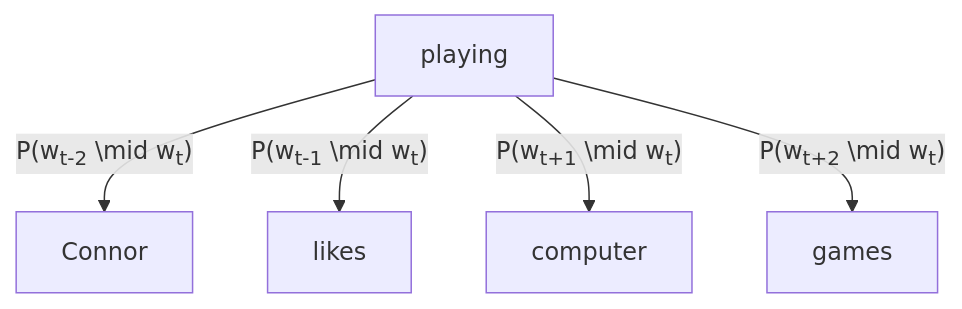
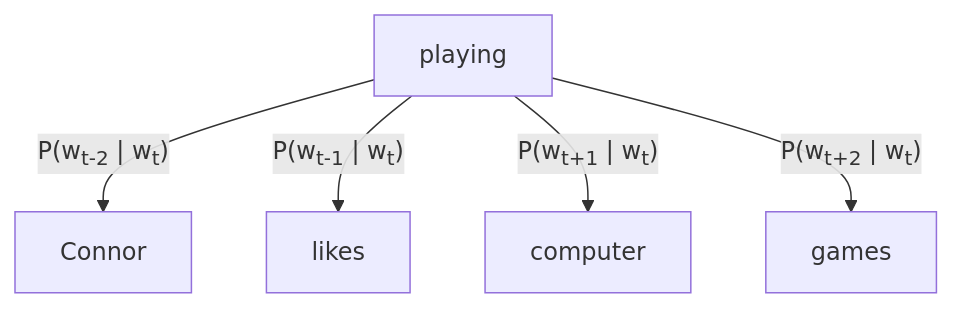
The diagram in _posts/2026-01-10-nlp.md (Si1w/Si1w.github.io), drawn with Mermaid before and after one commit.

```diff
--- a/_posts/2026-01-10-nlp.md
+++ b/_posts/2026-01-10-nlp.md
@@ -39,7 +39,7 @@
   <div class="mermaid" style="display:inline-block;">
 graph TD
-    playing -->|"P(w<sub>t-2</sub> \mid w<sub>t</sub>)"| Connor
-    playing -->|"P(w<sub>t-1</sub> \mid w<sub>t</sub>)"| likes
-    playing -->|"P(w<sub>t+1</sub> \mid w<sub>t</sub>)"| computer
-    playing -->|"P(w<sub>t+2</sub> \mid w<sub>t</sub>)"| games
+    playing -->|"P(w<sub>t-2</sub> | w<sub>t</sub>)"| Connor
+    playing -->|"P(w<sub>t-1</sub> | w<sub>t</sub>)"| likes
+    playing -->|"P(w<sub>t+1</sub> | w<sub>t</sub>)"| computer
+    playing -->|"P(w<sub>t+2</sub> | w<sub>t</sub>)"| games
   </div>
```
